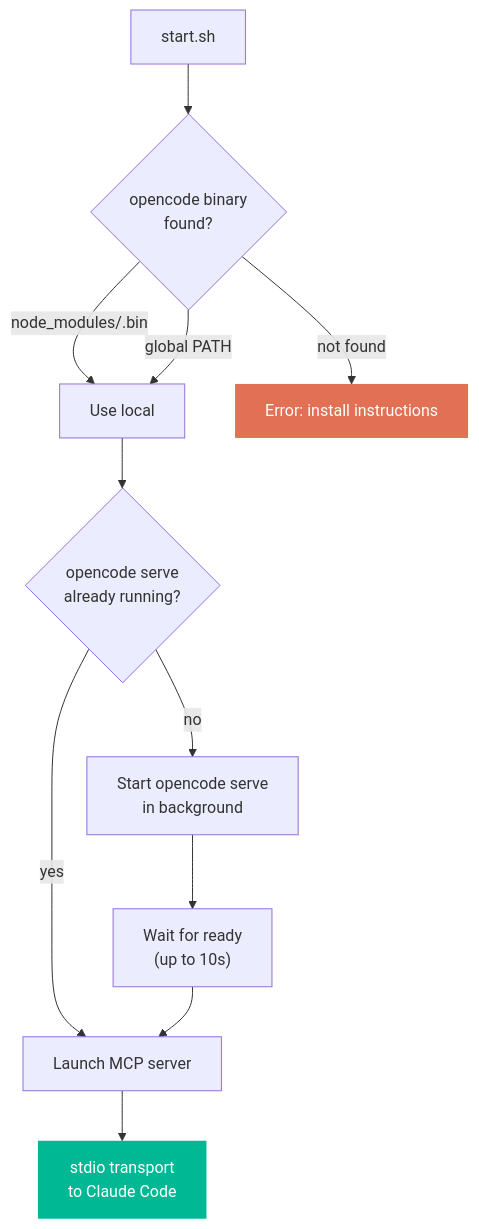
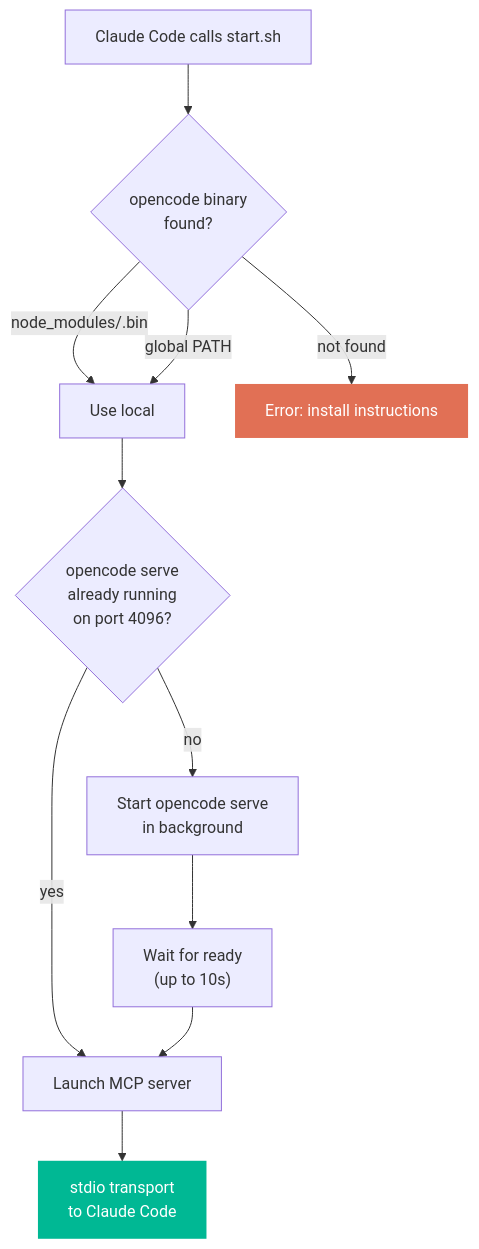
The ninth of 18 diagrams in README.md (nkulavic/opencode-mcp), drawn with Mermaid before and after one commit. The commit also changed other lines of this file, not shown here.

````diff
--- a/README.md
+++ b/README.md
@@ -177,15 +335,15 @@
 ```mermaid
 graph TD
-    A["start.sh"] --> B{"opencode binary<br/>found?"}
+    A["Claude Code calls start.sh"] --> B{"opencode binary<br/>found?"}
     B -->|"node_modules/.bin"| C["Use local"]
     B -->|"global PATH"| C
     B -->|"not found"| X["Error: install instructions"]
-    C --> D{"opencode serve<br/>already running?"}
+    C --> D{"opencode serve<br/>already running<br/>on port 4096?"}
     D -->|"yes"| F["Launch MCP server"]
     D -->|"no"| E["Start opencode serve<br/>in background"]
     E --> G["Wait for ready<br/>(up to 10s)"]
     G --> F
     F --> H["stdio transport<br/>to Claude Code"]
     style X fill:#E17055,color:#fff,stroke:none
     style H fill:#00B894,color:#fff,stroke:none
 ```
````
